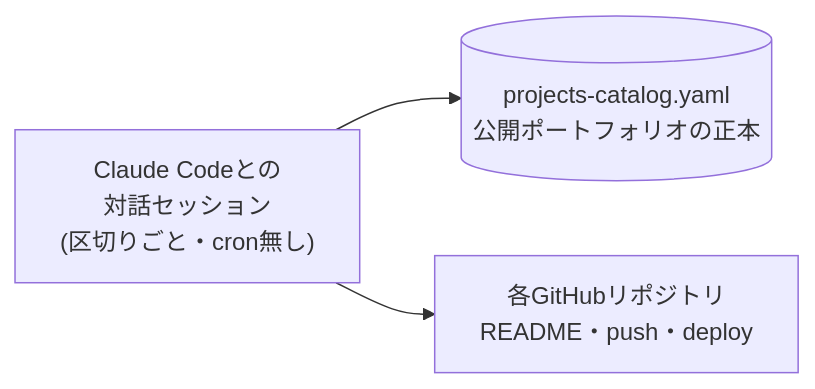
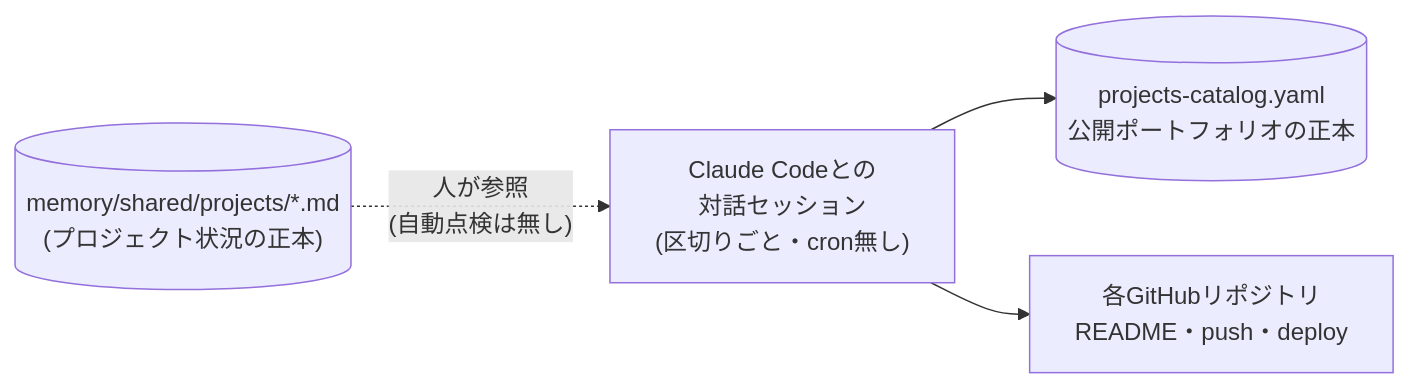
The fourth of 4 diagrams in docs/architecture.md (9639-spec-run/setup-ambient-environment), drawn with Mermaid before and after one commit. The commit also changed other lines of this file, not shown here.

First line of the commit message:
5章・7章をdraft-architecture.mdでの検証結果に合わせて更新

````diff
--- a/docs/architecture.md
+++ b/docs/architecture.md
@@ -113,5 +109,6 @@
 ```mermaid
 flowchart LR
-    SESSION["Claude Codeとの\n対話セッション\n(区切りごと・cron無し)"] --> CATALOG[("projects-catalog.yaml\n公開ポートフォリオの正本")]
+    MEM2[("memory/shared/projects/*.md\n(プロジェクト状況の正本)")] -.->|"人が参照\n(自動点検は無し)"| SESSION["Claude Codeとの\n対話セッション\n(区切りごと・cron無し)"]
+    SESSION --> CATALOG[("projects-catalog.yaml\n公開ポートフォリオの正本")]
     SESSION --> REPOS["各GitHubリポジトリ\nREADME・push・deploy"]
 ```
````
